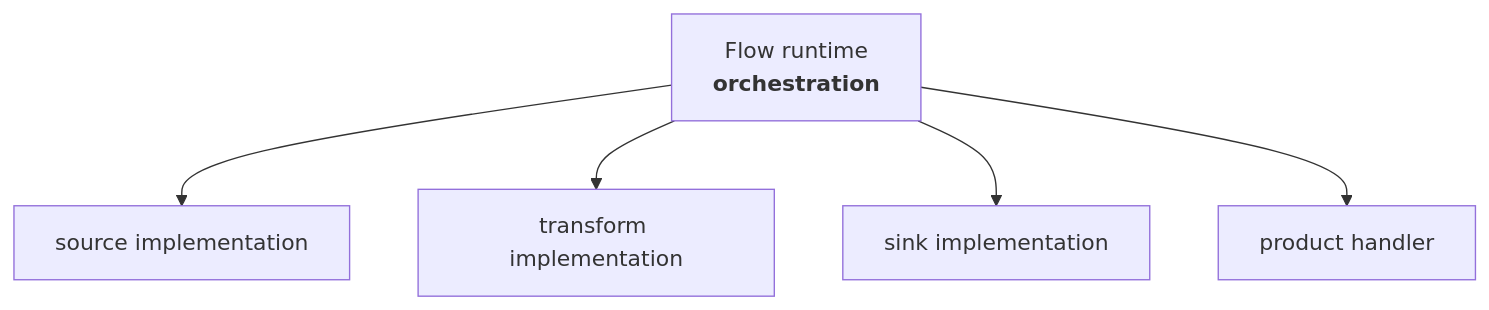
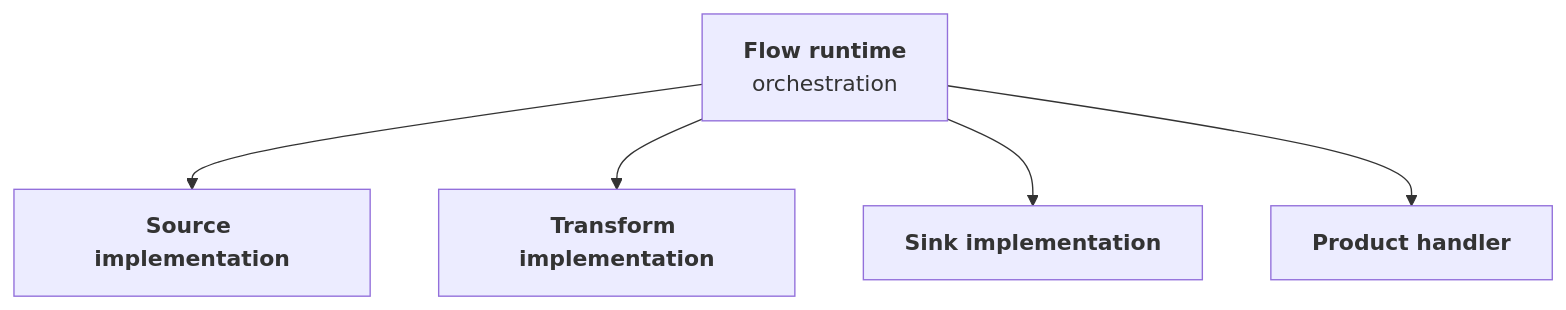
Before and after one commit to FAST-HEP/fasthep-flow: the fifth of 7 diagrams in docs/execution/runtime.md, drawn with Mermaid. The commit also changed other lines of this file and 7 other files, not shown here.

````diff
--- a/docs/execution/runtime.md
+++ b/docs/execution/runtime.md
@@ -579,14 +576,14 @@
 ```{mermaid}
 flowchart TD
-    Flow["Flow runtime<br/><b>orchestration</b>"]
+    Flow["<b>Flow runtime</b><br/>orchestration"]:::runtime
 
-    Source["source implementation"]
-    Transform["transform implementation"]
-    Sink["sink implementation"]
-    Handler["product handler"]
+    Source["<b>Source implementation</b>"]:::source
+    Transform["<b>Transform implementation</b>"]:::transform
+    Sink["<b>Sink implementation</b>"]:::sink
+    Handler["<b>Product handler</b>"]:::capability
 
     Flow --> Source
     Flow --> Transform
     Flow --> Sink
     Flow --> Handler
 ```
````
